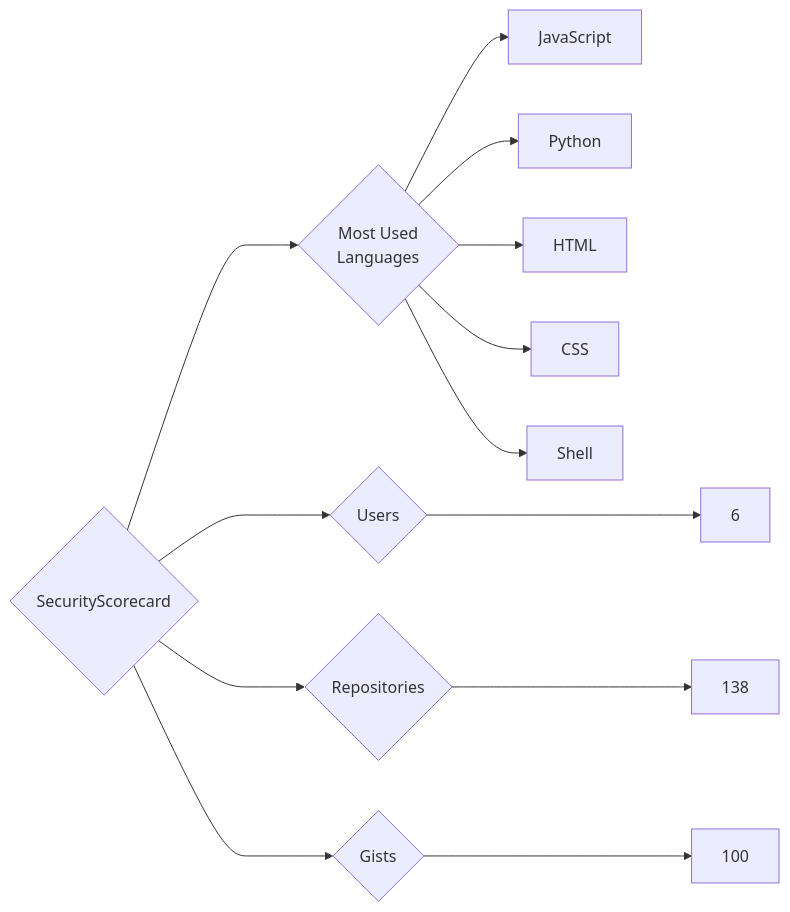
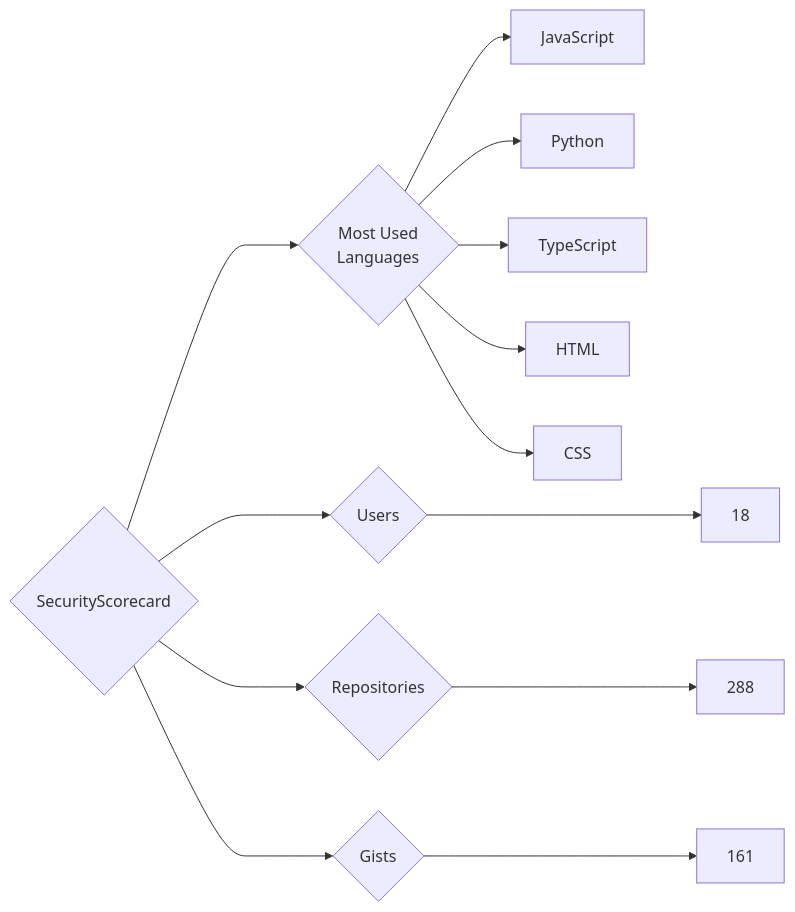
One commit to trickest/insiders changed the diagram in targets/SecurityScorecard/README.md. Above: the diagram before and after it, drawn with Mermaid. The commit also changed 833 other files, not shown here.

````diff
--- a/targets/SecurityScorecard/README.md
+++ b/targets/SecurityScorecard/README.md
@@ -3,13 +3,13 @@
 ```mermaid
 graph LR
 COMPANY_NAME{SecurityScorecard}
-COMPANY_NAME ---> U{Users} ---> UN[6]
-COMPANY_NAME ---> R{Repositories} ---> RN[138]
-COMPANY_NAME ---> G{Gists} ---> GN[100]
+COMPANY_NAME ---> U{Users} ---> UN[18]
+COMPANY_NAME ---> R{Repositories} ---> RN[288]
+COMPANY_NAME ---> G{Gists} ---> GN[161]
 COMPANY_NAME ---> ML{Most Used<br>Languages}
 ML --> JavaScript[JavaScript]
 ML --> Python[Python]
+ML --> TypeScript[TypeScript]
 ML --> HTML[HTML]
 ML --> CSS[CSS]
-ML --> Shell[Shell]
 ```
````
